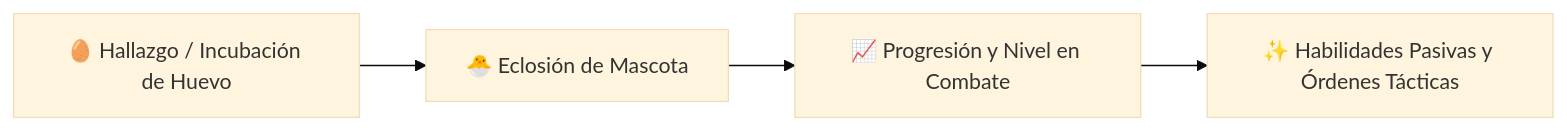
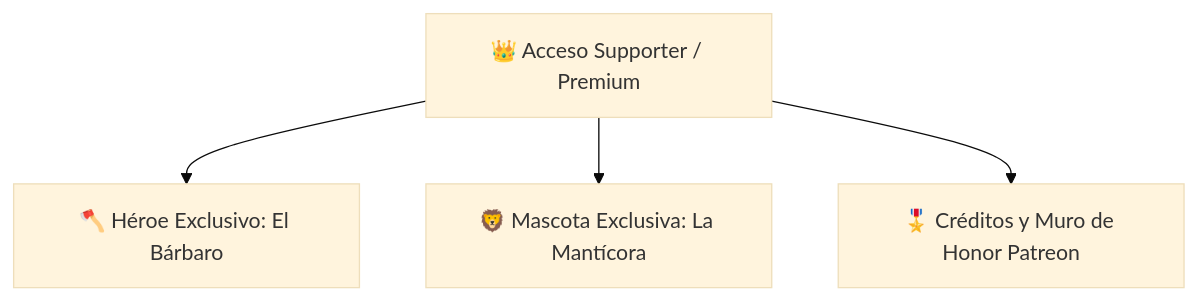
Before and after one commit to tonymanpro/Eternity-Pixel.Dungeon: the diagram in ROADMAP.md, drawn with Mermaid (base theme). The commit also changed other lines of this file and 82 other files, not shown here.

````diff
--- a/ROADMAP.md
+++ b/ROADMAP.md
@@ -97,6 +45,6 @@
 ```mermaid
-graph LR
-    Huevo["🥚 Hallazgo / Incubación de Huevo"] --> Nacimiento["🐣 Eclosión de Mascota"]
-    Nacimiento --> Nivel["📈 Progresión y Nivel en Combate"]
-    Nivel --> Habilidades["✨ Habilidades Pasivas y Órdenes Tácticas"]
+graph TD
+    A["👑 Acceso Supporter / Premium"] --> B["🪓 Héroe Exclusivo: El Bárbaro"]
+    A --> C["🦁 Mascota Exclusiva: La Mantícora"]
+    A --> D["🎖️ Créditos y Muro de Honor Patreon"]
 ```
````
